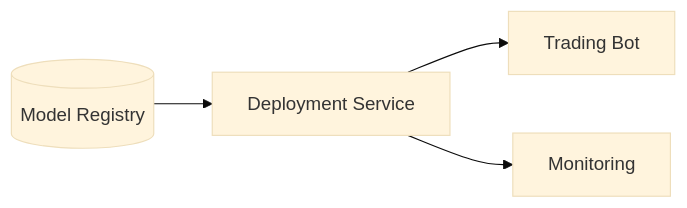
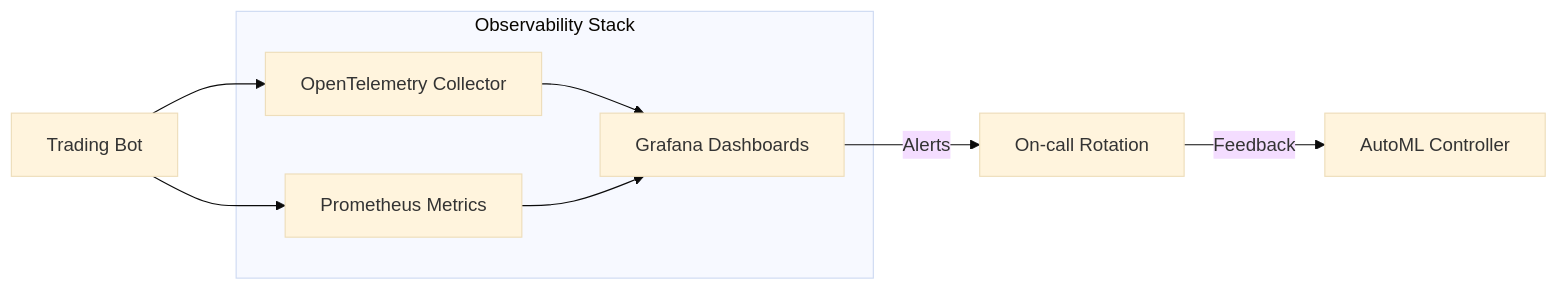
The second of 3 diagrams in docs/architecture.md (yegorsokolov/BotCopier), drawn with Mermaid (base theme) before and after one commit. The commit also changed other lines of this file and 5 other files, not shown here.

Commit message:
docs: expand tutorials and diagrams

````diff
--- a/docs/architecture.md
+++ b/docs/architecture.md
@@ -15,6 +41,14 @@
 ```mermaid
 flowchart LR
-    registry[(Model Registry)] --> service[Deployment Service]
-    service --> trader[Trading Bot]
-    service --> monitor[Monitoring]
+    subgraph observability[Observability Stack]
+        prom[Prometheus Metrics]
+        otel[OpenTelemetry Collector]
+        grafana[Grafana Dashboards]
+    end
+    trader[Trading Bot] --> prom
+    trader --> otel
+    otel --> grafana
+    prom --> grafana
+    grafana -->|Alerts| oncall[On-call Rotation]
+    oncall -->|Feedback| trainer[AutoML Controller]
 ```
````
